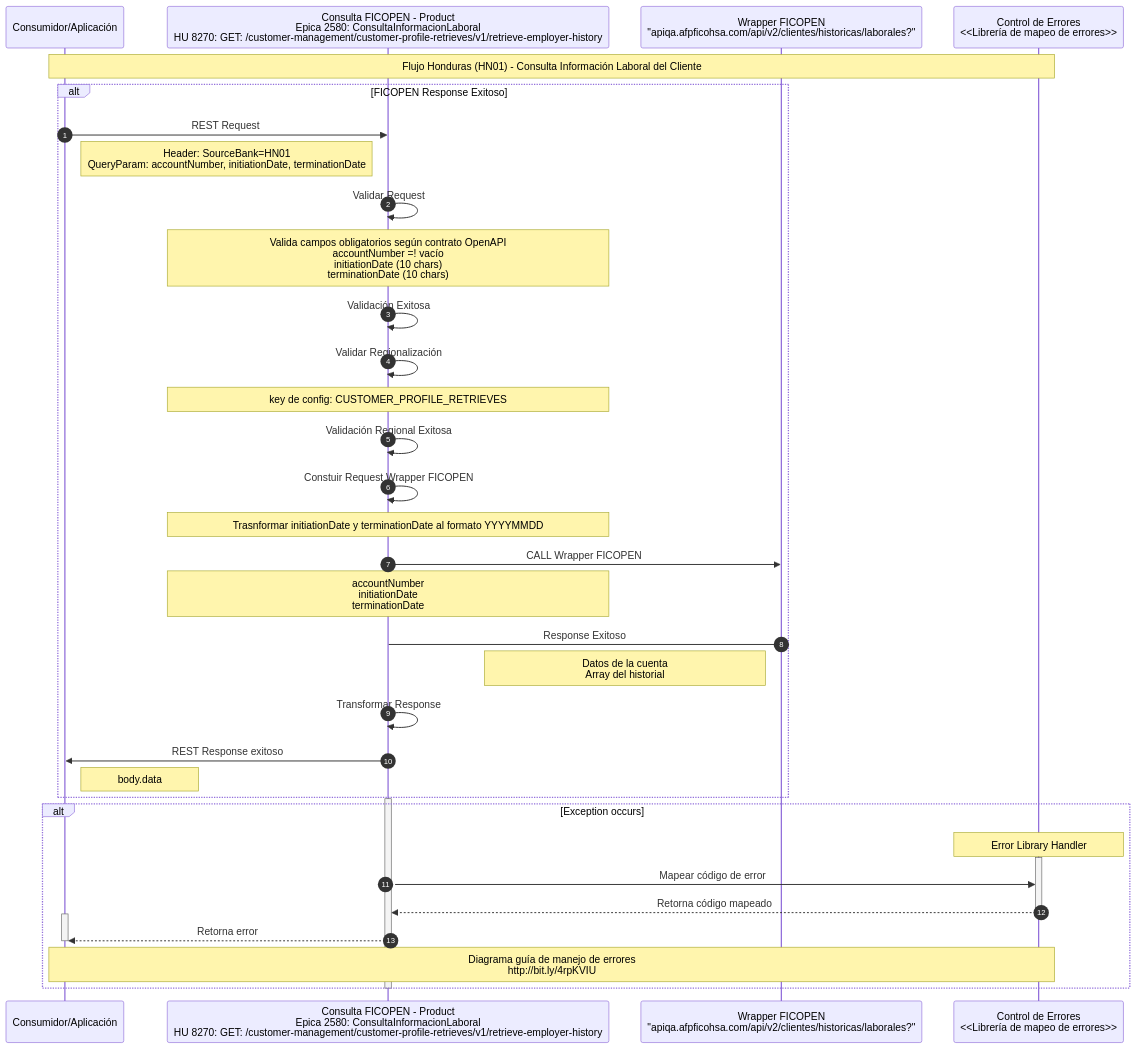
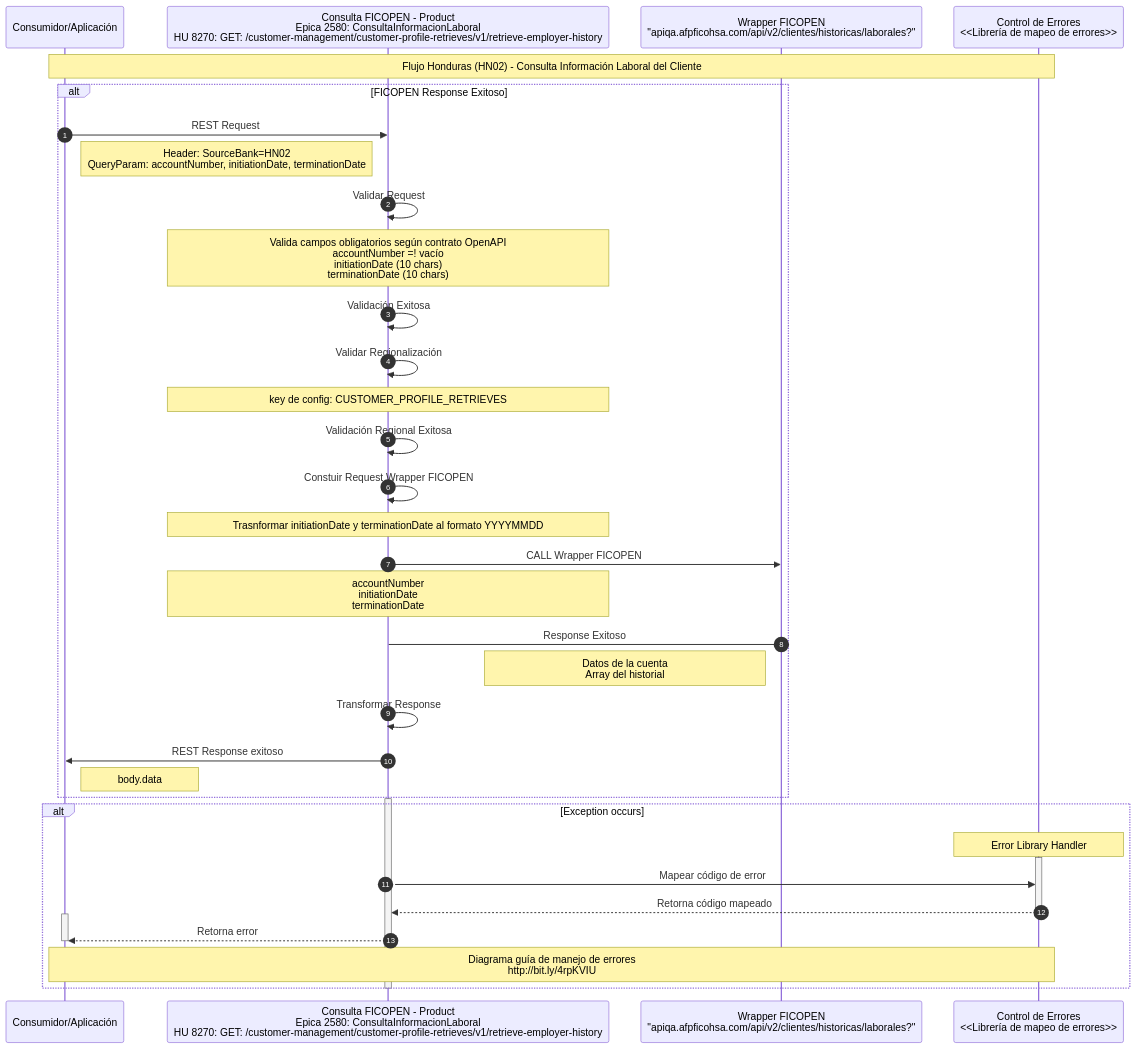
Before and after one commit to jmolano10/ficohsa-capa-media: the diagram in ZMigrationFeature/ConsultaInformacionLaboral/TO-BE-04-Secuencia-HN01.mmd, drawn with Mermaid. The commit also changed 21 other files, not shown here.

```diff
--- a/ZMigrationFeature/ConsultaInformacionLaboral/TO-BE-04-Secuencia-HN01.mmd
+++ b/ZMigrationFeature/ConsultaInformacionLaboral/TO-BE-04-Secuencia-HN01.mmd
@@ -1,51 +1,51 @@
 sequenceDiagram
     autonumber
     participant Consumidor as Consumidor/Aplicación
     participant API as Consulta FICOPEN - Product <br> Epica 2580: ConsultaInformacionLaboral <br> HU 8270:  GET: /customer-management/customer-profile-retrieves/v1/retrieve-employer-history
     participant WFP as Wrapper FICOPEN <br> "apiqa.afpficohsa.com/api/v2/clientes/historicas/laborales?"
     participant Errors as Control de Errores <br/> <<Librería de mapeo de errores>>
 
-    Note over Consumidor, Errors: Flujo Honduras (HN01) - Consulta Información Laboral del Cliente
+    Note over Consumidor, Errors: Flujo Honduras (HN02) - Consulta Información Laboral del Cliente
 
     alt FICOPEN Response Exitoso
         Consumidor->>API: REST Request
-        Note right of Consumidor: Header: SourceBank=HN01 <br/> QueryParam: accountNumber, initiationDate, terminationDate
+        Note right of Consumidor: Header: SourceBank=HN02 <br/> QueryParam: accountNumber, initiationDate, terminationDate
 
         API->>API: Validar Request
         Note over API: Valida campos obligatorios según contrato OpenAPI <br/> accountNumber =! vacío <br/> initiationDate (10 chars) <br/> terminationDate (10 chars)
 
         API->>API: Validación Exitosa
 
         API->>API: Validar Regionalización
         Note over API: key de config: CUSTOMER_PROFILE_RETRIEVES
 
         API->>API: Validación Regional Exitosa
 
         API->>API: Constuir Request Wrapper FICOPEN
         Note over API: Trasnformar initiationDate y terminationDate al formato YYYYMMDD
 
         API->>WFP: CALL Wrapper FICOPEN
         Note over API: accountNumber <br> initiationDate <br> terminationDate
 
         WFP->API: Response Exitoso
         Note left of WFP: Datos de la cuenta <br/> Array del historial
 
         API->>API: Transformar Response
 
         API->>Consumidor: REST Response exitoso
         Note right of Consumidor: body.data
     end
 
     activate API
     alt Exception occurs
         note over Errors: Error Library Handler
         activate Errors
             API->> Errors: Mapear código de error
             Errors -->> API: Retorna código mapeado
         deactivate Errors
         activate Consumidor
             API-->> Consumidor: Retorna error
         deactivate Consumidor
         Note over Consumidor,Errors: Diagrama guía de manejo de errores <br> http://bit.ly/4rpKVIU
     end
     deactivate API
```
